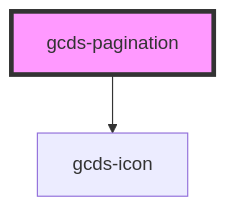
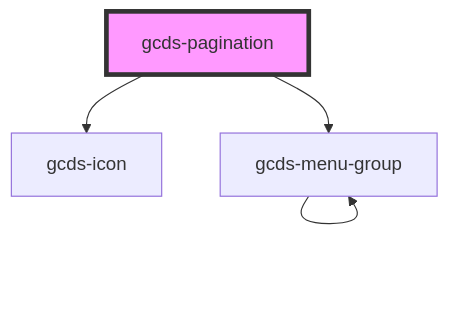
One commit to cds-snc/gcds-components changed the diagram in packages/web/src/components/gcds-pagination/readme.md. Above: the diagram before and after it, drawn with Mermaid. The commit also changed other lines of this file and 37 other files, not shown here.

````diff
--- a/packages/web/src/components/gcds-pagination/readme.md
+++ b/packages/web/src/components/gcds-pagination/readme.md
@@ -38,5 +39,7 @@
 ```mermaid
 graph TD;
   gcds-pagination --> gcds-icon
+  gcds-pagination --> gcds-menu-group
+  gcds-menu-group --> gcds-menu-group
   style gcds-pagination fill:#f9f,stroke:#333,stroke-width:4px
 ```
````
